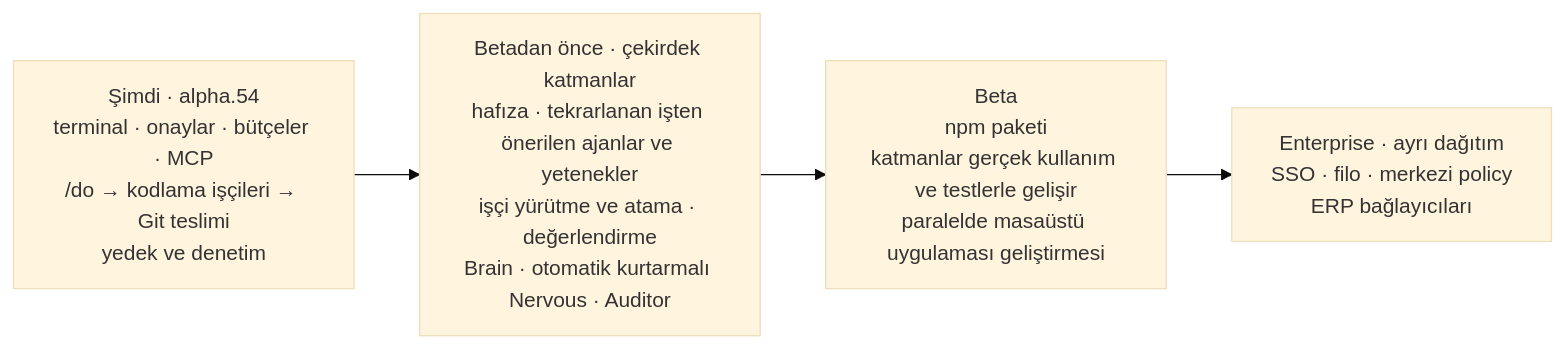
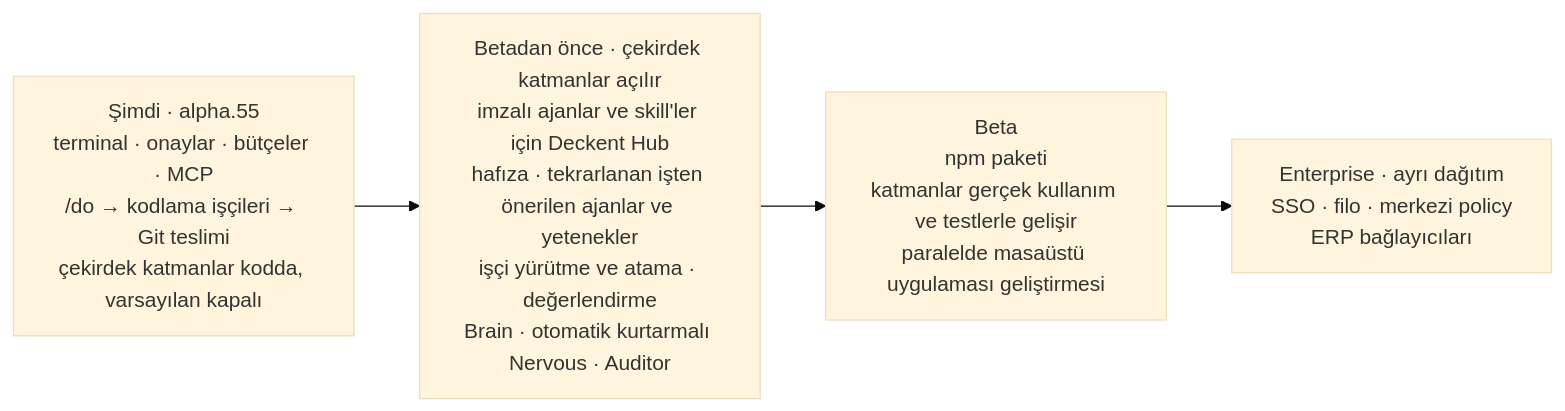
One commit to Verhex/deckent-next changed the sixth of 6 diagrams in README.tr.md. Above: the diagram before and after it, drawn with Mermaid (base theme). The commit also changed other lines of this file and 16 other files, not shown here.

````diff
--- a/README.tr.md
+++ b/README.tr.md
@@ -516,6 +524,6 @@
 ```mermaid
 flowchart LR
-  N["Şimdi · alpha.54<br/>terminal · onaylar · bütçeler · MCP<br/>/do → kodlama işçileri → Git teslimi<br/>yedek ve denetim"] --> C["Betadan önce · çekirdek katmanlar<br/>hafıza · tekrarlanan işten önerilen ajanlar ve yetenekler<br/>işçi yürütme ve atama · değerlendirme<br/>Brain · otomatik kurtarmalı Nervous · Auditor"]
+  N["Şimdi · alpha.55<br/>terminal · onaylar · bütçeler · MCP<br/>/do → kodlama işçileri → Git teslimi<br/>çekirdek katmanlar kodda, varsayılan kapalı"] --> C["Betadan önce · çekirdek katmanlar açılır<br/>imzalı ajanlar ve skill'ler için Deckent Hub<br/>hafıza · tekrarlanan işten önerilen ajanlar ve yetenekler<br/>işçi yürütme ve atama · değerlendirme<br/>Brain · otomatik kurtarmalı Nervous · Auditor"]
   C --> B["Beta<br/>npm paketi<br/>katmanlar gerçek kullanım ve testlerle gelişir<br/>paralelde masaüstü uygulaması geliştirmesi"]
   B --> E["Enterprise · ayrı dağıtım<br/>SSO · filo · merkezi policy<br/>ERP bağlayıcıları"]
 ```
````
